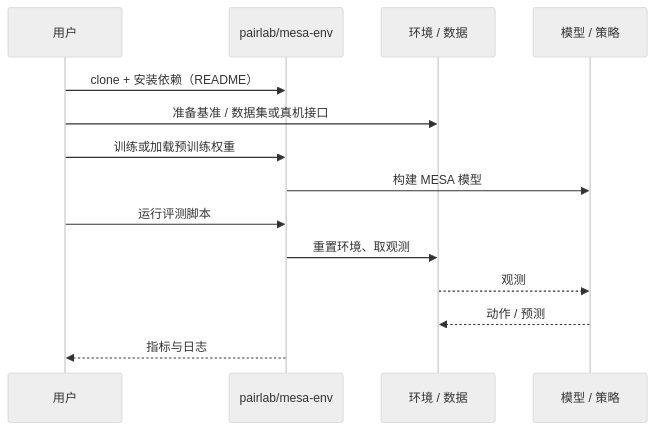
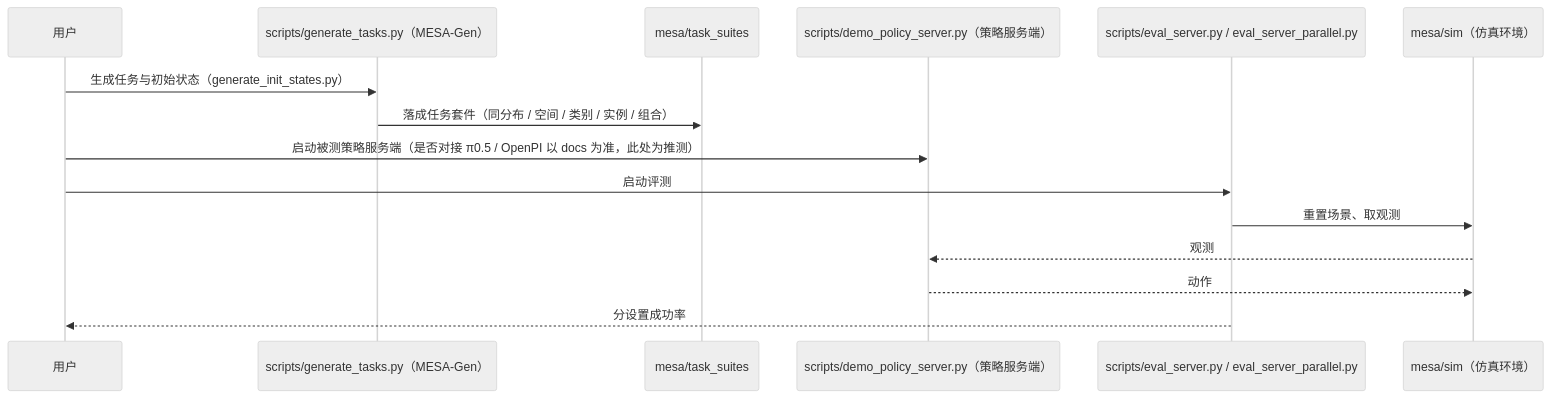
Before and after one commit to ImChong/Robotics_Notebooks: the diagram in wiki/entities/paper-mesa.md, drawn with Mermaid (neutral theme). The commit also changed other lines of this file and 1 other file, not shown here.

Commit message:
ingest: 补实 GRASP / MESA 两篇深读节点（官方 README 核对、关键指标、README 级时序图）
Claude-Session: https://claude.ai/code/session_01D1S85CaHkiyvCZxYRMt8AT

````diff
--- a/wiki/entities/paper-mesa.md
+++ b/wiki/entities/paper-mesa.md
@@ -59,16 +59,17 @@
 ```mermaid
 sequenceDiagram
   participant U as 用户
-  participant R as pairlab/mesa-env
-  participant E as 环境 / 数据
-  participant M as 模型 / 策略
-  U->>R: clone + 安装依赖（README）
-  U->>E: 准备基准 / 数据集或真机接口
-  U->>R: 训练或加载预训练权重
-  R->>M: 构建 MESA 模型
-  U->>R: 运行评测脚本
-  R->>E: 重置环境、取观测
-  E-->>M: 观测
-  M-->>E: 动作 / 预测
-  R-->>U: 指标与日志
+  participant GEN as scripts/generate_tasks.py（MESA-Gen）
+  participant SUITE as mesa/task_suites
+  participant POL as scripts/demo_policy_server.py（策略服务端）
+  participant EV as scripts/eval_server.py / eval_server_parallel.py
+  participant SIM as mesa/sim（仿真环境）
+  U->>GEN: 生成任务与初始状态（generate_init_states.py）
+  GEN->>SUITE: 落成任务套件（同分布 / 空间 / 类别 / 实例 / 组合）
+  U->>POL: 启动被测策略服务端（是否对接 π0.5 / OpenPI 以 docs 为准，此处为推测）
+  U->>EV: 启动评测
+  EV->>SIM: 重置场景、取观测
+  SIM-->>POL: 观测
+  POL-->>SIM: 动作
+  EV-->>U: 分设置成功率
 ```
````
